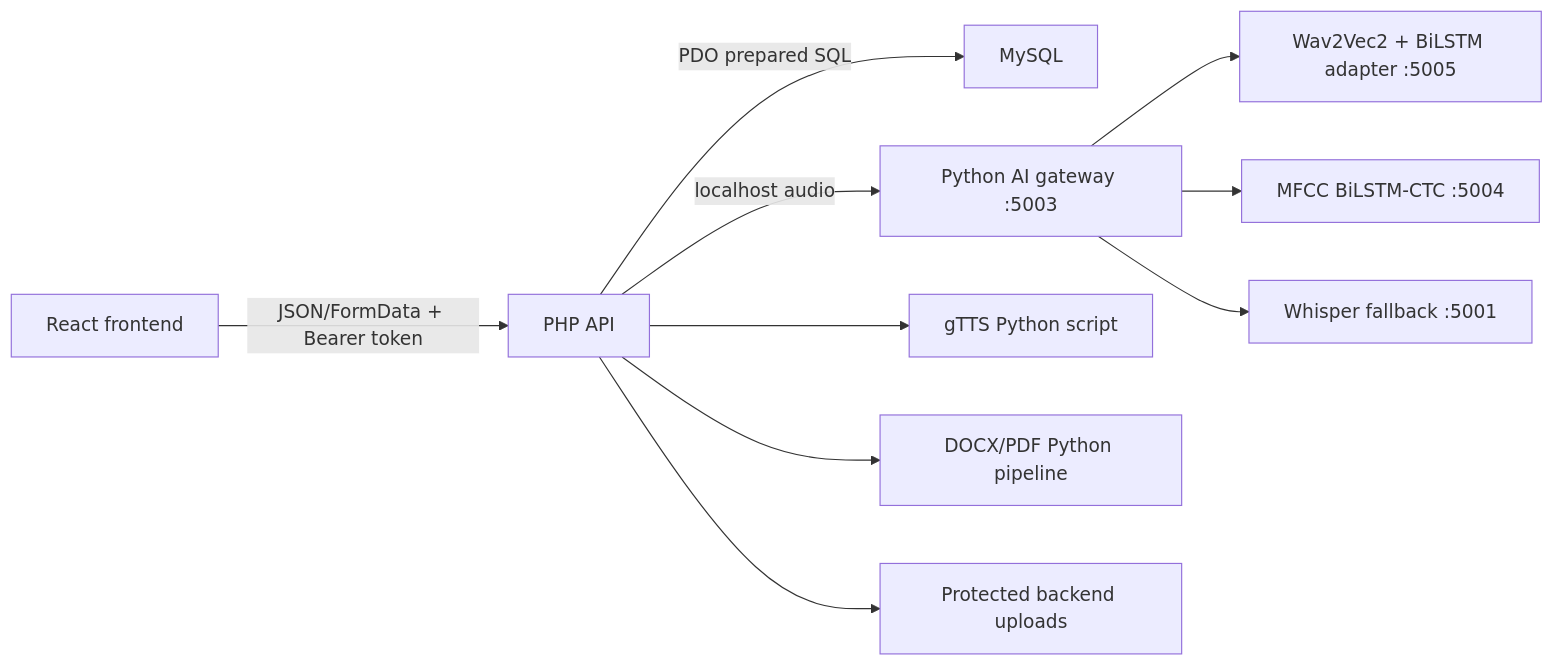
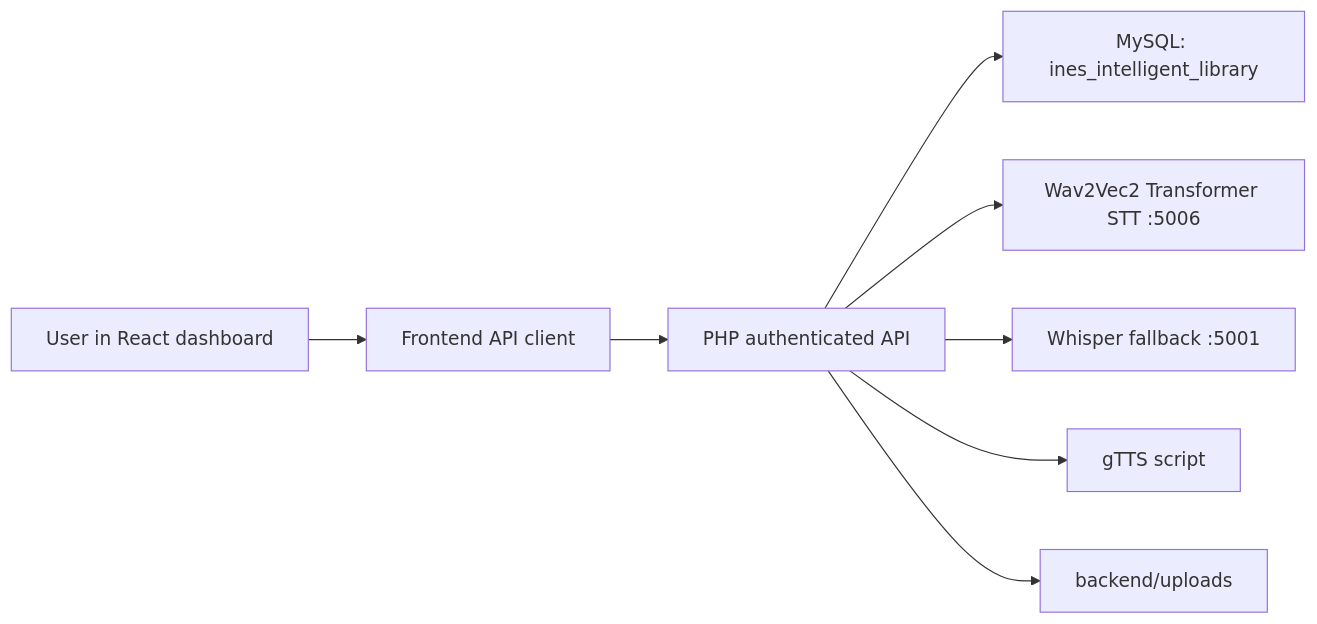
The first of 2 diagrams in docs/PROJECT_LOGIC_AND_STT_METHODOLOGY_2026-06-09.md (L1o2u3a4n3g2e1/ines-intelligent-library), drawn with Mermaid before and after one commit. The commit also changed other lines of this file and 54 other files, not shown here.

Commit message:
Finalize transformer STT and book import cleanup

````diff
--- a/docs/PROJECT_LOGIC_AND_STT_METHODOLOGY_2026-06-09.md
+++ b/docs/PROJECT_LOGIC_AND_STT_METHODOLOGY_2026-06-09.md
@@ -7,12 +20,10 @@
 ```mermaid
 flowchart LR
-    UI["React frontend"] -->|"JSON/FormData + Bearer token"| PHP["PHP API"]
-    PHP -->|"PDO prepared SQL"| DB["MySQL"]
-    PHP -->|"localhost audio"| GW["Python AI gateway :5003"]
-    GW --> AD["Wav2Vec2 + BiLSTM adapter :5005"]
-    GW --> LC["MFCC BiLSTM-CTC :5004"]
-    GW --> WH["Whisper fallback :5001"]
-    PHP --> GT["gTTS Python script"]
-    PHP --> DOC["DOCX/PDF Python pipeline"]
-    PHP --> FILES["Protected backend uploads"]
+    U["User in React dashboard"] --> F["Frontend API client"]
+    F --> P["PHP authenticated API"]
+    P --> DB["MySQL: ines_intelligent_library"]
+    P --> STT["Wav2Vec2 Transformer STT :5006"]
+    P --> WH["Whisper fallback :5001"]
+    P --> TTS["gTTS script"]
+    P --> FS["backend/uploads"]
 ```
````
